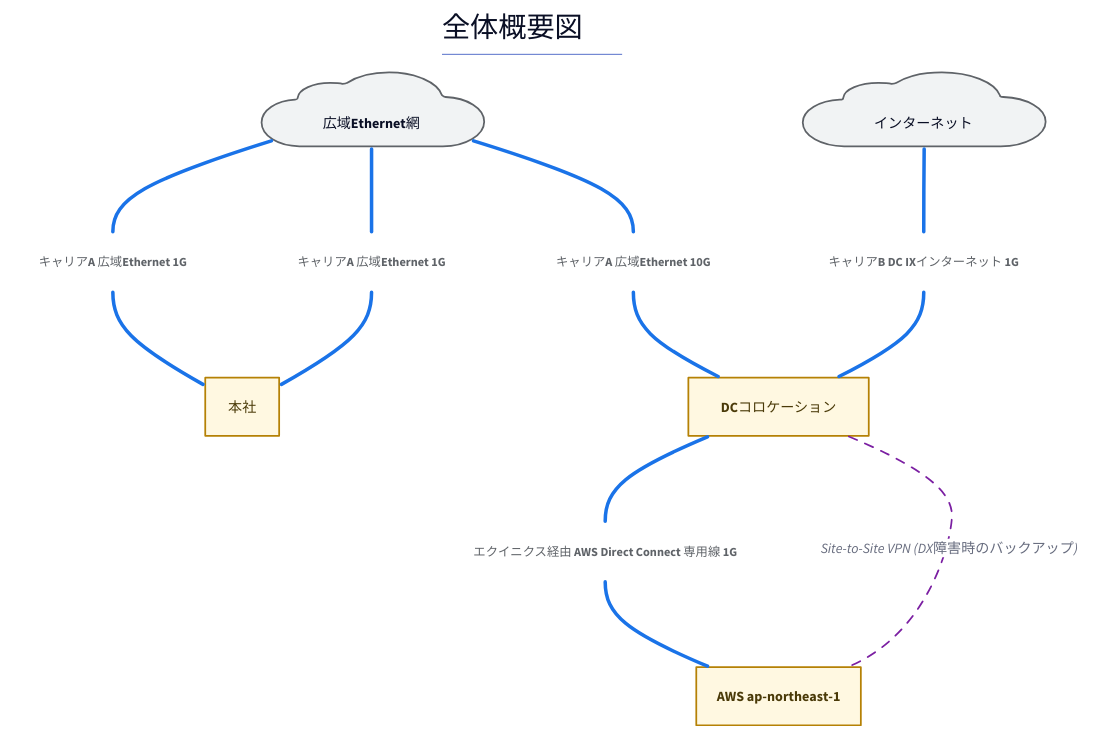
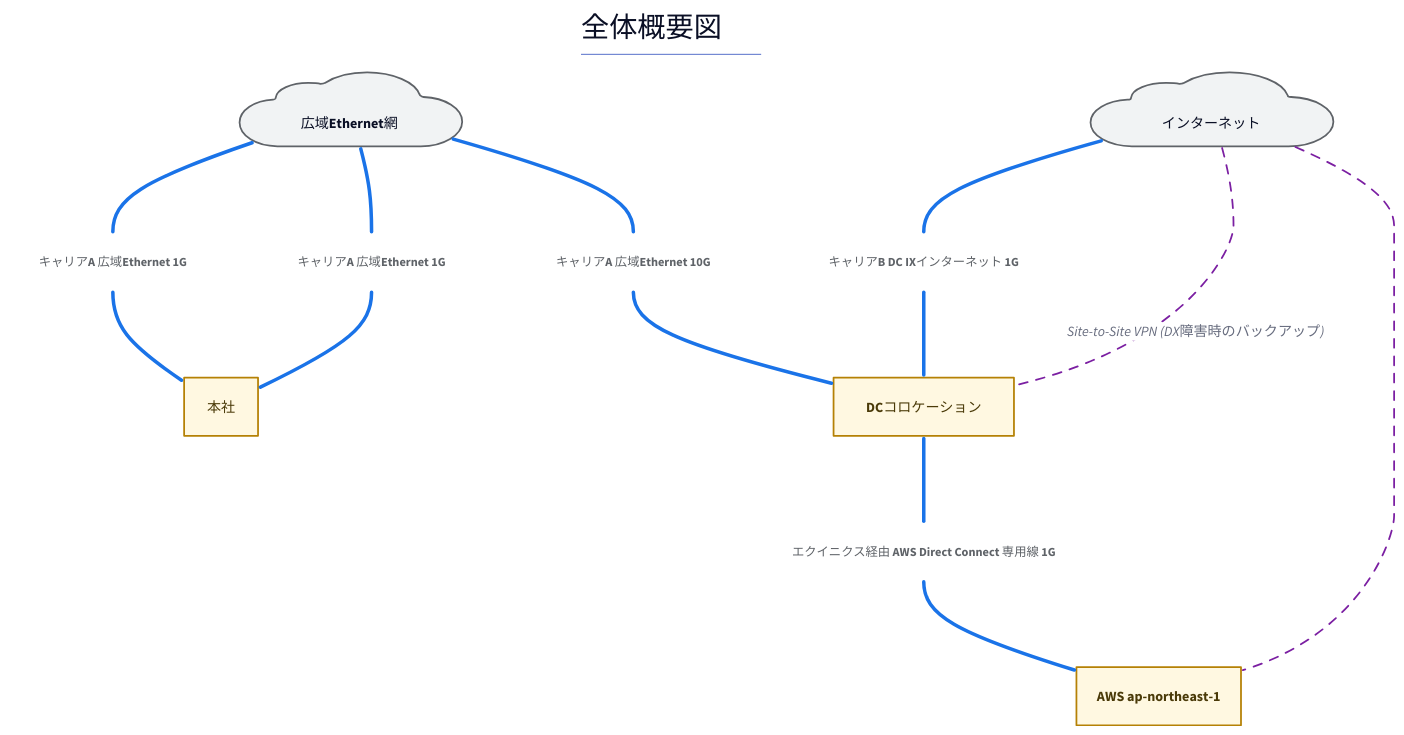
Before and after one commit to thinas1115/nwdsl: the diagram in examples/hq-dc-cloud/generated/overview.d2, drawn with D2. The commit also changed 51 other files, not shown here.

```diff
--- a/examples/hq-dc-cloud/generated/overview.d2
+++ b/examples/hq-dc-cloud/generated/overview.d2
@@ -1,46 +1,47 @@
 title: |md
   # 全体概要図
 | {near: top-center}
 direction: down
 
 classes: {
   role-router: {style.fill: "#e8f0fe"; style.stroke: "#1a56b0"; style.font-color: "#1a2340"}
   role-l3switch: {style.fill: "#d2e3fc"; style.stroke: "#1a56b0"; style.font-color: "#1a2340"}
   role-l2switch: {style.fill: "#e6f4ea"; style.stroke: "#137333"; style.font-color: "#1a2e1f"}
   role-firewall: {style.fill: "#fce8e6"; style.stroke: "#c5221f"; style.font-color: "#3c1a19"}
   role-other: {style.fill: "#f1f3f4"; style.stroke: "#5f6368"; style.font-color: "#202124"}
   node-cloud: {shape: cloud; style.fill: "#f1f3f4"; style.stroke: "#5f6368"}
   node-site: {style.fill: "#fff8e1"; style.stroke: "#b58105"; style.font-color: "#4a3a08"}
   node-segment: {style.fill: "#e2f5f0"; style.stroke: "#0f766e"; style.font-color: "#0b3d38"; style.border-radius: 12}
   node-external: {style.fill: "#ffffff"; style.stroke: "#9aa0a6"; style.stroke-dash: 3}
   group-site: {style.fill: "#f7f9fc"; style.stroke: "#8fa8c4"; style.font-color: "#33475b"}
   edge-label: {style.fill: "transparent"; style.stroke: "transparent"; style.font-size: 14; style.font-color: "#5f6368"; style.italic: true}
   edge-lan-cable: {style.stroke: "#4a4a4a"; style.stroke-width: 2}
   edge-wan-circuit: {style.stroke: "#1a73e8"; style.stroke-width: 4}
   edge-tunnel: {style.stroke: "#7b1fa2"; style.stroke-width: 2; style.stroke-dash: 5}
   edge-logical: {style.stroke: "#188038"; style.stroke-width: 2; style.stroke-dash: 3}
   edge-segment: {style.stroke: "#0f766e"; style.stroke-width: 1}
 }
 
 n_site__hq: "本社" {class: node-site}
 n_cloud__wide_ether: "　広域Ethernet網　" {class: node-cloud}
 n_site__dc: "DCコロケーション" {class: node-site}
 n_site__aws: "AWS ap-northeast-1" {class: node-site}
 n_cloud__internet: "　インターネット　" {class: node-cloud}
 
 lbl_0: "キャリアA 広域Ethernet 1G" {class: edge-label}
 n_cloud__wide_ether -- lbl_0 {class: edge-wan-circuit}
 lbl_0 -- n_site__hq {class: edge-wan-circuit}
 lbl_1: "キャリアA 広域Ethernet 1G" {class: edge-label}
 n_cloud__wide_ether -- lbl_1 {class: edge-wan-circuit}
 lbl_1 -- n_site__hq {class: edge-wan-circuit}
 lbl_2: "キャリアA 広域Ethernet 10G" {class: edge-label}
 n_cloud__wide_ether -- lbl_2 {class: edge-wan-circuit}
 lbl_2 -- n_site__dc {class: edge-wan-circuit}
 lbl_3: "エクイニクス経由 AWS Direct Connect 専用線 1G" {class: edge-label}
 n_site__dc -- lbl_3 {class: edge-wan-circuit}
 lbl_3 -- n_site__aws {class: edge-wan-circuit}
 lbl_4: "キャリアB DC IXインターネット 1G" {class: edge-label}
 n_cloud__internet -- lbl_4 {class: edge-wan-circuit}
 lbl_4 -- n_site__dc {class: edge-wan-circuit}
-n_site__dc -- n_site__aws: "Site-to-Site VPN (DX障害時のバックアップ)" {class: edge-tunnel}
+n_cloud__internet -- n_site__dc: "Site-to-Site VPN (DX障害時のバックアップ)" {class: edge-tunnel}
+n_cloud__internet -- n_site__aws {class: edge-tunnel}
```
